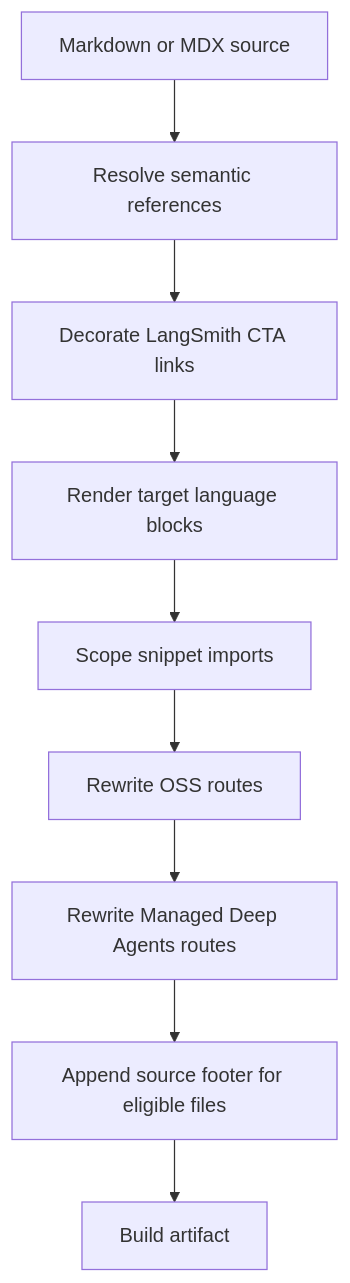
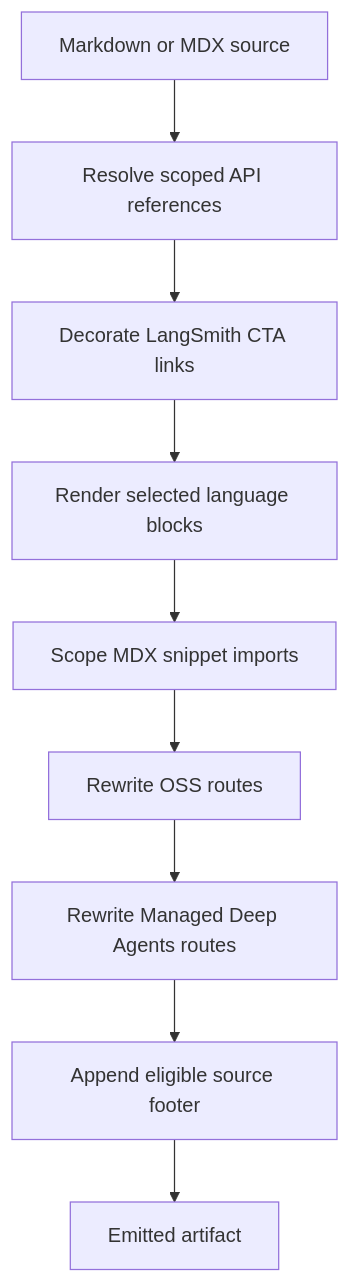
One commit to langchain-ai/docs changed the diagram in openwiki/concepts/preprocessing.md. Above: the diagram before and after it, drawn with Mermaid. The commit also changed other lines of this file and 43 other files, not shown here.

````diff
--- a/openwiki/concepts/preprocessing.md
+++ b/openwiki/concepts/preprocessing.md
@@ -38,11 +39,11 @@
 ```mermaid
 flowchart TD
-    Source["Markdown or MDX source"] --> Auto["Resolve semantic references"]
-    Auto --> UTM["Decorate LangSmith CTA links"]
-    UTM --> Conditional["Render target language blocks"]
-    Conditional --> Imports["Scope snippet imports"]
-    Imports --> OSS["Rewrite OSS routes"]
-    OSS --> Managed["Rewrite Managed Deep Agents routes"]
-    Managed --> Footer["Append source footer for eligible files"]
-    Footer --> Output["Build artifact"]
+    Source["Markdown or MDX source"] --> References["Resolve scoped API references"]
+    References --> Cta["Decorate LangSmith CTA links"]
+    Cta --> Conditional["Render selected language blocks"]
+    Conditional --> Snippets["Scope MDX snippet imports"]
+    Snippets --> Oss["Rewrite OSS routes"]
+    Oss --> Managed["Rewrite Managed Deep Agents routes"]
+    Managed --> Footer["Append eligible source footer"]
+    Footer --> Output["Emitted artifact"]
 ```
````
